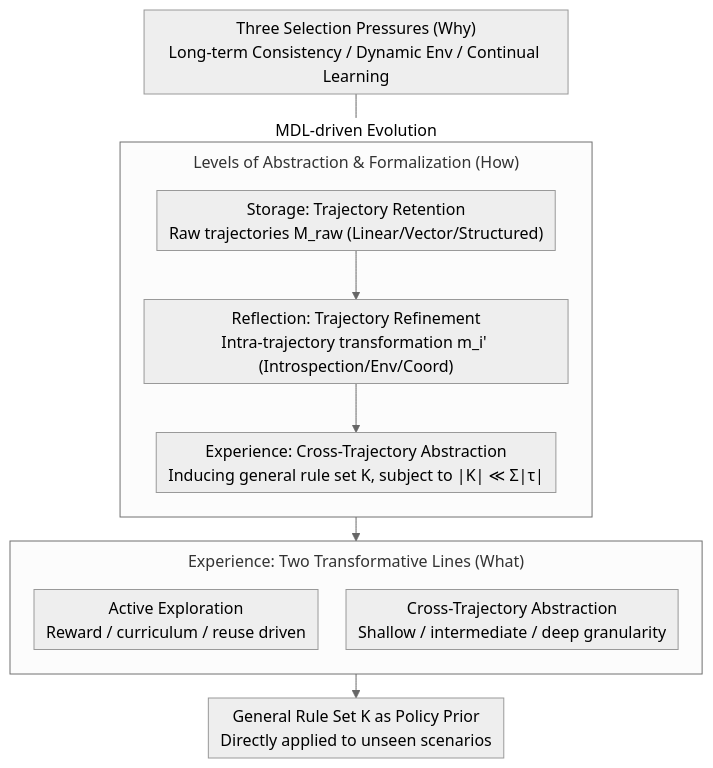
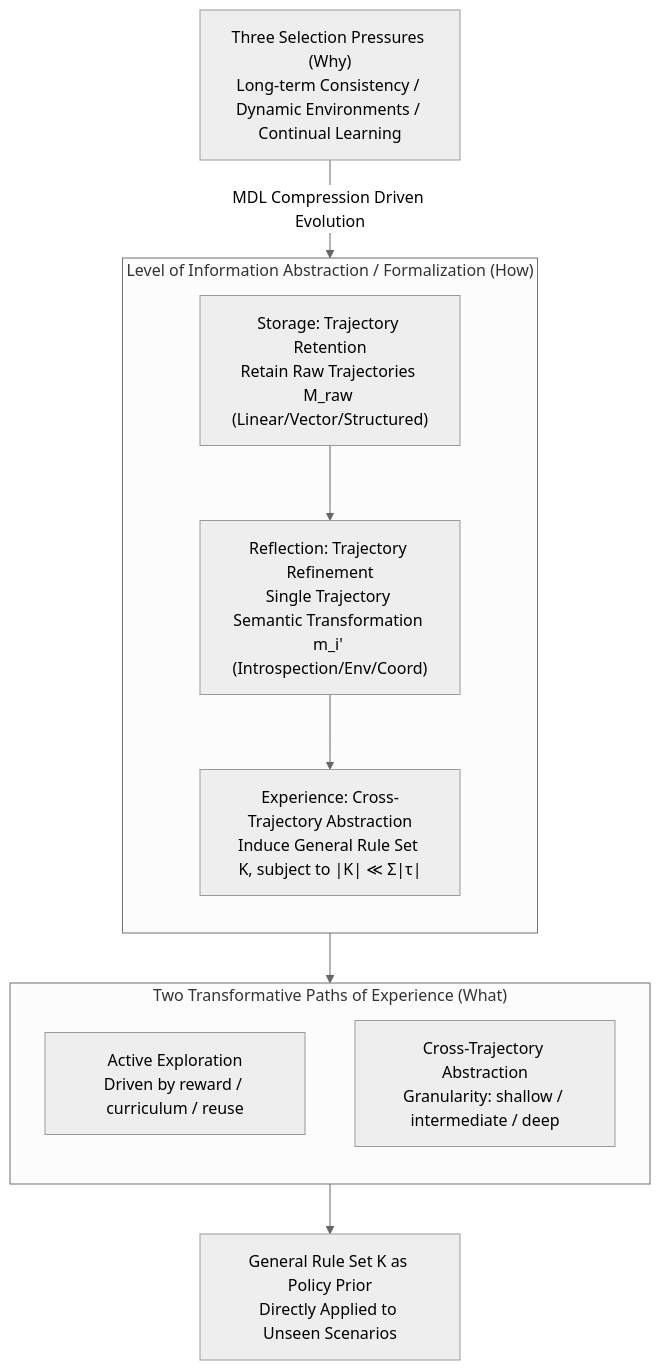
One commit to zhaoyang97/Paper-Notes-en changed the diagram in docs/ACL2026/llm_agent/from_storage_to_experience_a_survey_on_the_evolution_of_llm_agent_memory_mechani.md. Above: the diagram before and after it, drawn with Mermaid (neutral theme). The commit also changed other lines of this file and 5084 other files, not shown here.

````diff
--- a/docs/ACL2026/llm_agent/from_storage_to_experience_a_survey_on_the_evolution_of_llm_agent_memory_mechani.md
+++ b/docs/ACL2026/llm_agent/from_storage_to_experience_a_survey_on_the_evolution_of_llm_agent_memory_mechani.md
@@ -51,20 +51,19 @@
 ```mermaid
-%%{init: {'flowchart': {'rankSpacing': 24, 'nodeSpacing': 28, 'padding': 6, 'wrappingWidth': 400, 'subGraphTitleMargin': {'top': 8, 'bottom': 16}}}}%%
-flowchart TD
-    P["Three Selection Pressures (Why)<br/>Long-term Consistency / Dynamic Env / Continual Learning"]
-    P -->|MDL-driven Evolution| AXIS
-    subgraph AXIS["Levels of Abstraction & Formalization (How)"]
+graph TD
+    P["Three Selection Pressures (Why)<br/>Long-term Consistency / Dynamic Environments / Continual Learning"]
+    P -->|MDL Compression Driven Evolution| AXIS
+    subgraph AXIS["Level of Information Abstraction / Formalization (How)"]
         direction TB
-        S["Storage: Trajectory Retention<br/>Raw trajectories M_raw (Linear/Vector/Structured)"]
-        R["Reflection: Trajectory Refinement<br/>Intra-trajectory transformation m_i' (Introspection/Env/Coord)"]
-        E["Experience: Cross-Trajectory Abstraction<br/>Inducing general rule set K, subject to |K| ≪ Σ|τ|"]
+        S["Storage: Trajectory Retention<br/>Retain Raw Trajectories M_raw (Linear/Vector/Structured)"]
+        R["Reflection: Trajectory Refinement<br/>Single Trajectory Semantic Transformation m_i' (Introspection/Env/Coord)"]
+        E["Experience: Cross-Trajectory Abstraction<br/>Induce General Rule Set K, subject to |K| ≪ Σ|τ|"]
         S --> R --> E
     end
-    subgraph EXP["Experience: Two Transformative Lines (What)"]
+    subgraph EXP["Two Transformative Paths of Experience (What)"]
         direction TB
-        AE["Active Exploration<br/>Reward / curriculum / reuse driven"]
-        CTA["Cross-Trajectory Abstraction<br/>Shallow / intermediate / deep granularity"]
+        AE["Active Exploration<br/>Driven by reward / curriculum / reuse"]
+        CTA["Cross-Trajectory Abstraction<br/>Granularity: shallow / intermediate / deep"]
     end
     E --> EXP
-    EXP --> OUT["General Rule Set K as Policy Prior<br/>Directly applied to unseen scenarios"]
+    EXP --> OUT["General Rule Set K as Policy Prior<br/>Directly Applied to Unseen Scenarios"]
 ```
````
